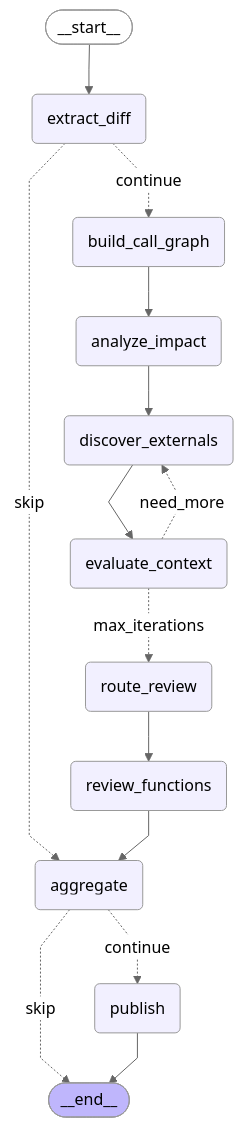
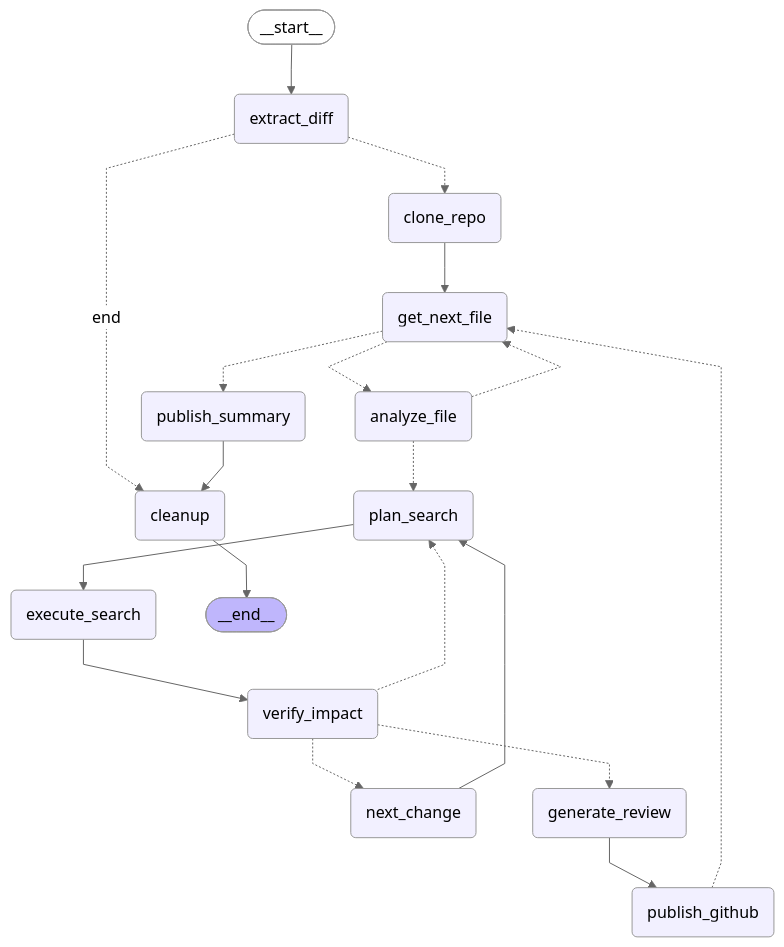
The diagram in docs/workflow_graph.md (quangtd-kozocom/ai-code-review-kozocom), drawn with Mermaid (neutral theme) before and after one commit. The commit also changed 62 other files, not shown here.

````diff
--- a/docs/workflow_graph.md
+++ b/docs/workflow_graph.md
@@ -3,36 +3,44 @@
 ```mermaid
 ---
 config:
   flowchart:
     curve: linear
 ---
 graph TD;
 	__start__([<p>__start__</p>]):::first
 	extract_diff(extract_diff)
-	build_call_graph(build_call_graph)
-	analyze_impact(analyze_impact)
-	discover_externals(discover_externals)
-	evaluate_context(evaluate_context)
-	route_review(route_review)
-	review_functions(review_functions)
-	aggregate(aggregate)
-	publish(publish)
+	clone_repo(clone_repo)
+	get_next_file(get_next_file)
+	analyze_file(analyze_file)
+	plan_search(plan_search)
+	execute_search(execute_search)
+	verify_impact(verify_impact)
+	next_change(next_change)
+	generate_review(generate_review)
+	publish_github(publish_github)
+	publish_summary(publish_summary)
+	cleanup(cleanup)
 	__end__([<p>__end__</p>]):::last
 	__start__ --> extract_diff;
-	aggregate -. &nbsp;skip&nbsp; .-> __end__;
-	aggregate -. &nbsp;continue&nbsp; .-> publish;
-	analyze_impact --> discover_externals;
-	build_call_graph --> analyze_impact;
-	discover_externals --> evaluate_context;
-	evaluate_context -. &nbsp;need_more&nbsp; .-> discover_externals;
-	evaluate_context -. &nbsp;max_iterations&nbsp; .-> route_review;
-	extract_diff -. &nbsp;skip&nbsp; .-> aggregate;
-	extract_diff -. &nbsp;continue&nbsp; .-> build_call_graph;
-	review_functions --> aggregate;
-	route_review --> review_functions;
-	publish --> __end__;
+	analyze_file -.-> get_next_file;
+	analyze_file -.-> plan_search;
+	clone_repo --> get_next_file;
+	execute_search --> verify_impact;
+	extract_diff -. &nbsp;end&nbsp; .-> cleanup;
+	extract_diff -.-> clone_repo;
+	generate_review --> publish_github;
+	get_next_file -.-> analyze_file;
+	get_next_file -.-> publish_summary;
+	next_change --> plan_search;
+	plan_search --> execute_search;
+	publish_github -.-> get_next_file;
+	publish_summary --> cleanup;
+	verify_impact -.-> generate_review;
+	verify_impact -.-> next_change;
+	verify_impact -.-> plan_search;
+	cleanup --> __end__;
 	classDef default fill:#f2f0ff,line-height:1.2
 	classDef first fill-opacity:0
 	classDef last fill:#bfb6fc
 
 ```
````
